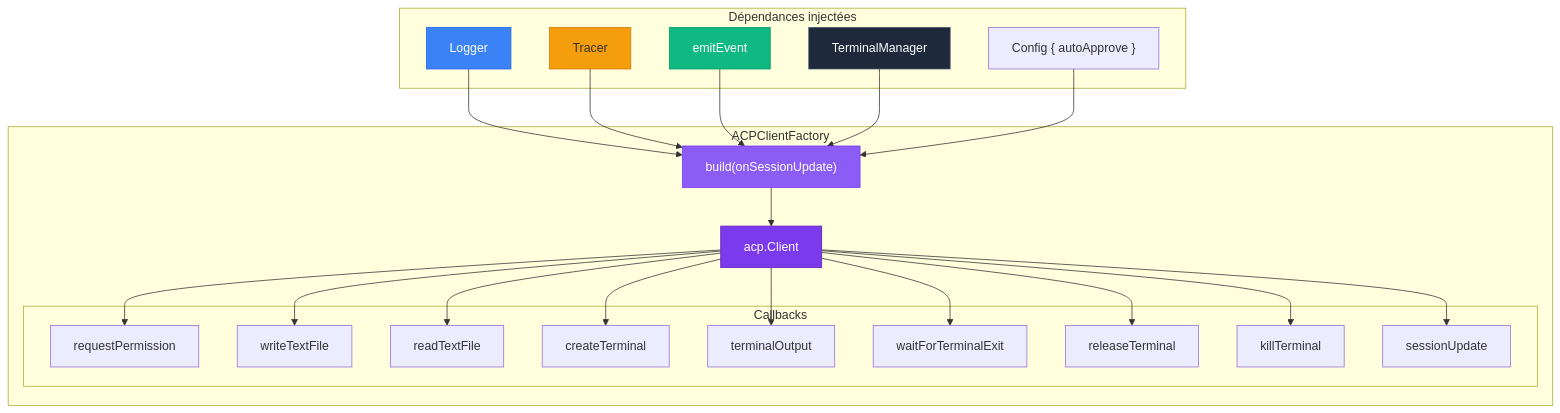
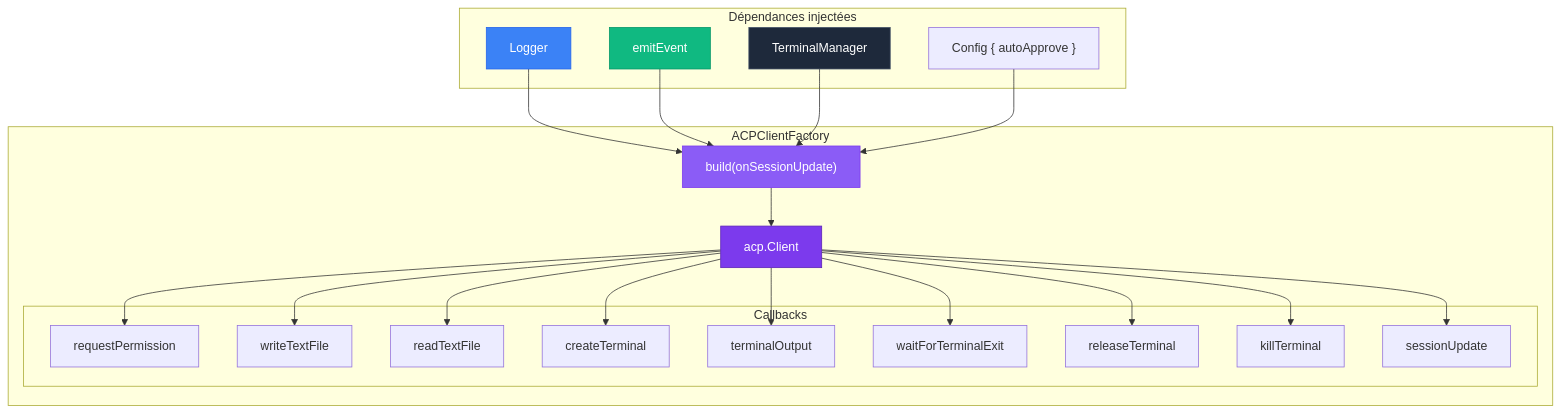
One commit to atinseau/stark changed the first of 10 diagrams in docs/components/acp-client-factory.md. Above: the diagram before and after it, drawn with Mermaid. The commit also changed other lines of this file and 13 other files, not shown here.

````diff
--- a/docs/components/acp-client-factory.md
+++ b/docs/components/acp-client-factory.md
@@ -26,44 +26,41 @@
 ```mermaid
 flowchart TB
     subgraph "ACPClientFactory"
         BUILD["build(onSessionUpdate)"]
         BUILD --> CLIENT["acp.Client"]
 
         subgraph "Callbacks"
             PERM["requestPermission"]
             WRITE["writeTextFile"]
             READ["readTextFile"]
             CREATE_T["createTerminal"]
             OUTPUT_T["terminalOutput"]
             WAIT_T["waitForTerminalExit"]
             RELEASE_T["releaseTerminal"]
             KILL_T["killTerminal"]
             SESSION["sessionUpdate"]
         end
 
         CLIENT --> PERM & WRITE & READ & CREATE_T
         CLIENT --> OUTPUT_T & WAIT_T & RELEASE_T & KILL_T
         CLIENT --> SESSION
     end
 
     subgraph "Dépendances injectées"
         L["Logger"]
-        T["Tracer"]
         E["emitEvent"]
         TM["TerminalManager"]
         CFG["Config { autoApprove }"]
     end
 
     L --> BUILD
-    T --> BUILD
     E --> BUILD
     TM --> BUILD
     CFG --> BUILD
 
     style BUILD fill:#8b5cf6,stroke:#7c3aed,color:#fff
     style CLIENT fill:#7c3aed,stroke:#5b21b6,color:#fff
     style L fill:#3b82f6,stroke:#2563eb,color:#fff
-    style T fill:#f59e0b,stroke:#d97706
     style E fill:#10b981,stroke:#059669,color:#fff
     style TM fill:#1e293b,stroke:#475569,color:#fff
 ```
````
